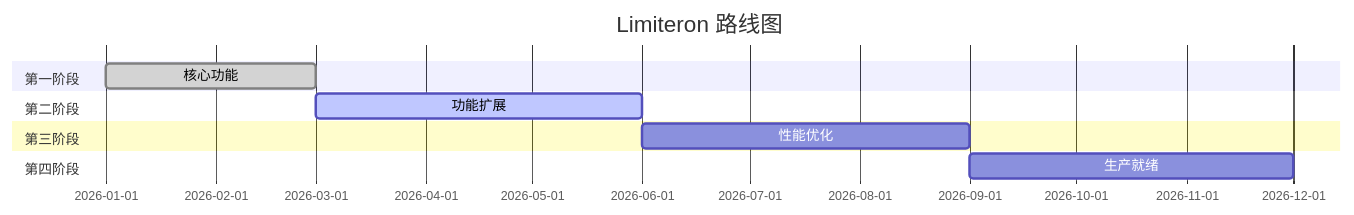
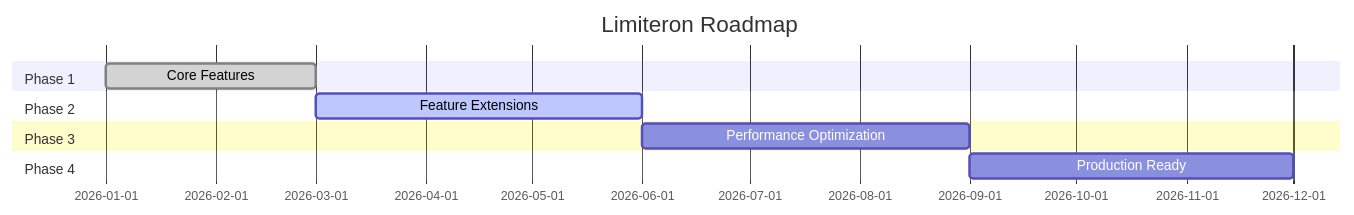
One commit to Kirky-X/limiteron changed the third of 3 diagrams in README.md. Above: the diagram before and after it, drawn with Mermaid. The commit also changed other lines of this file and 6 other files, not shown here.

````diff
--- a/README.md
+++ b/README.md
@@ -690,13 +690,13 @@
 ```mermaid
 gantt
-    title Limiteron 路线图
+    title Limiteron Roadmap
     dateFormat  YYYY-MM
-    section 第一阶段
-    核心功能           :done, 2026-01, 2026-03
-    section 第二阶段
-    功能扩展           :active, 2026-03, 2026-06
-    section 第三阶段
-    性能优化 :2026-06, 2026-09
-    section 第四阶段
-    生产就绪      :2026-09, 2026-12
+    section Phase 1
+    Core Features           :done, 2026-01, 2026-03
+    section Phase 2
+    Feature Extensions      :active, 2026-03, 2026-06
+    section Phase 3
+    Performance Optimization :2026-06, 2026-09
+    section Phase 4
+    Production Ready        :2026-09, 2026-12
 ```
````
